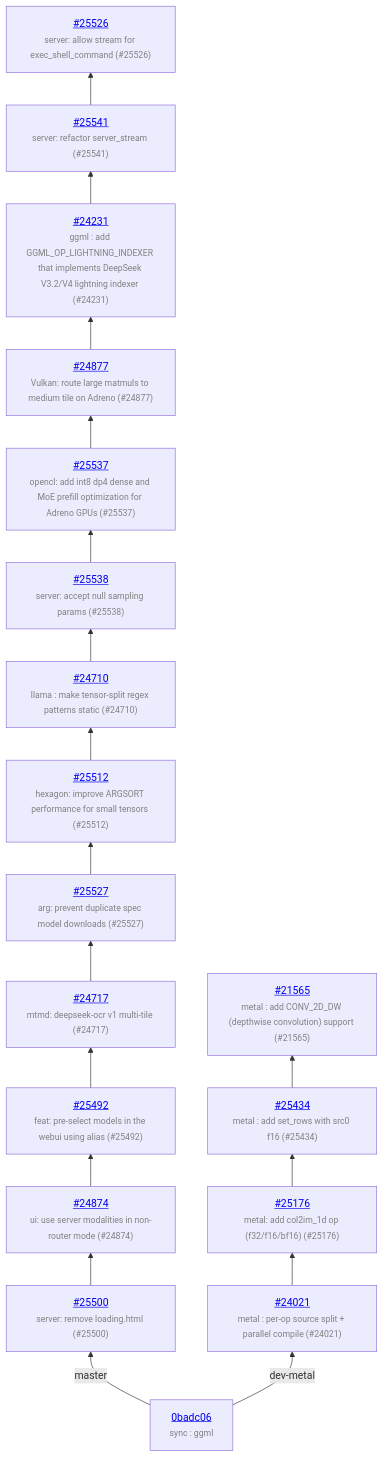
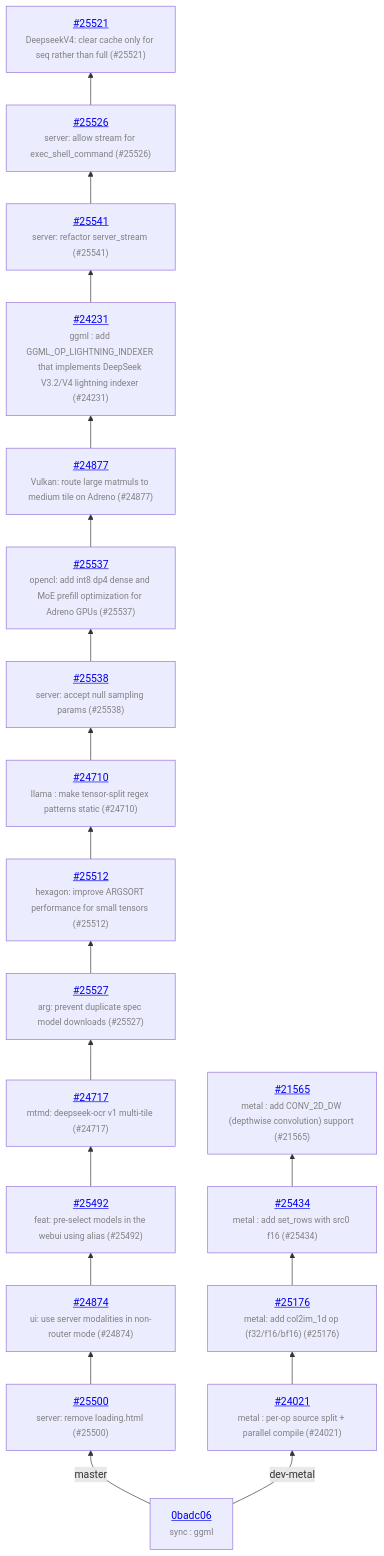
One commit to ggml-org/llama.cpp-dev changed the diagram in README.md. Above: the diagram before and after it, drawn with Mermaid. The commit also changed other lines of this file and 1 other file, not shown here.

Commit message:
auto: update

````diff
--- a/README.md
+++ b/README.md
@@ -13,38 +13,40 @@
 ```mermaid
 graph BT
     COMMON["<a href='https://github.com/ggml-org/llama.cpp/commit/0badc06ab53a8eb96e01242b92ec1365c4465a2a'>0badc06</a><br/><span style='font-size:smaller;color:gray'>sync : ggml</span>"]
     COMMON -->|master| C_a935fbf
     C_a935fbf["<a href='https://github.com/ggml-org/llama.cpp/pull/25500'>#25500</a><br/><span style='font-size:smaller;color:gray'>server: remove loading.html (#25500)</span>"]
     C_a935fbf --> C_9f623c6
     C_9f623c6["<a href='https://github.com/ggml-org/llama.cpp/pull/24874'>#24874</a><br/><span style='font-size:smaller;color:gray'>ui: use server modalities in non-router mode (#24874)</span>"]
     C_9f623c6 --> C_07d9378
     C_07d9378["<a href='https://github.com/ggml-org/llama.cpp/pull/25492'>#25492</a><br/><span style='font-size:smaller;color:gray'>feat: pre-select models in the webui using alias (#25492)</span>"]
     C_07d9378 --> C_3e706dd
     C_3e706dd["<a href='https://github.com/ggml-org/llama.cpp/pull/24717'>#24717</a><br/><span style='font-size:smaller;color:gray'>mtmd: deepseek-ocr v1 multi-tile (#24717)</span>"]
     C_3e706dd --> C_22b69b6
     C_22b69b6["<a href='https://github.com/ggml-org/llama.cpp/pull/25527'>#25527</a><br/><span style='font-size:smaller;color:gray'>arg: prevent duplicate spec model downloads (#25527)</span>"]
     C_22b69b6 --> C_67776ea
     C_67776ea["<a href='https://github.com/ggml-org/llama.cpp/pull/25512'>#25512</a><br/><span style='font-size:smaller;color:gray'>hexagon: improve ARGSORT performance for small tensors (#25512)</span>"]
     C_67776ea --> C_c749cb0
     C_c749cb0["<a href='https://github.com/ggml-org/llama.cpp/pull/24710'>#24710</a><br/><span style='font-size:smaller;color:gray'>llama : make tensor-split regex patterns static (#24710)</span>"]
     C_c749cb0 --> C_4f37f51
     C_4f37f51["<a href='https://github.com/ggml-org/llama.cpp/pull/25538'>#25538</a><br/><span style='font-size:smaller;color:gray'>server: accept null sampling params (#25538)</span>"]
     C_4f37f51 --> C_1d1d9a9
     C_1d1d9a9["<a href='https://github.com/ggml-org/llama.cpp/pull/25537'>#25537</a><br/><span style='font-size:smaller;color:gray'>opencl: add int8 dp4 dense and MoE prefill optimization for Adreno GPUs (#25537)</span>"]
     C_1d1d9a9 --> C_76f2798
     C_76f2798["<a href='https://github.com/ggml-org/llama.cpp/pull/24877'>#24877</a><br/><span style='font-size:smaller;color:gray'>Vulkan: route large matmuls to medium tile on Adreno (#24877)</span>"]
     C_76f2798 --> C_00f5442
     C_00f5442["<a href='https://github.com/ggml-org/llama.cpp/pull/24231'>#24231</a><br/><span style='font-size:smaller;color:gray'>ggml : add GGML_OP_LIGHTNING_INDEXER that implements DeepSeek V3.2/V4 lightning indexer (#24231)</span>"]
     C_00f5442 --> C_ea1f7bb
     C_ea1f7bb["<a href='https://github.com/ggml-org/llama.cpp/pull/25541'>#25541</a><br/><span style='font-size:smaller;color:gray'>server: refactor server_stream (#25541)</span>"]
     C_ea1f7bb --> C_c92e806
     C_c92e806["<a href='https://github.com/ggml-org/llama.cpp/pull/25526'>#25526</a><br/><span style='font-size:smaller;color:gray'>server: allow stream for exec_shell_command (#25526)</span>"]
+    C_c92e806 --> C_13f2b28
+    C_13f2b28["<a href='https://github.com/ggml-org/llama.cpp/pull/25521'>#25521</a><br/><span style='font-size:smaller;color:gray'>DeepseekV4: clear cache only for seq rather than full (#25521)</span>"]
     COMMON -->|dev-metal| C_3835214
     C_3835214["<a href='https://github.com/ggml-org/llama.cpp/pull/24021'>#24021</a><br/><span style='font-size:smaller;color:gray'>metal : per-op source split + parallel compile (#24021)</span>"]
     C_3835214 --> C_de75555
     C_de75555["<a href='https://github.com/ggml-org/llama.cpp/pull/25176'>#25176</a><br/><span style='font-size:smaller;color:gray'>metal: add col2im_1d op (f32/f16/bf16) (#25176)</span>"]
     C_de75555 --> C_e3ea5de
     C_e3ea5de["<a href='https://github.com/ggml-org/llama.cpp/pull/25434'>#25434</a><br/><span style='font-size:smaller;color:gray'>metal : add set_rows with src0 f16 (#25434)</span>"]
     C_e3ea5de --> C_65dd913
     C_65dd913["<a href='https://github.com/ggml-org/llama.cpp/pull/21565'>#21565</a><br/><span style='font-size:smaller;color:gray'>metal : add CONV_2D_DW (depthwise convolution) support (#21565)</span>"]
 ```
````
